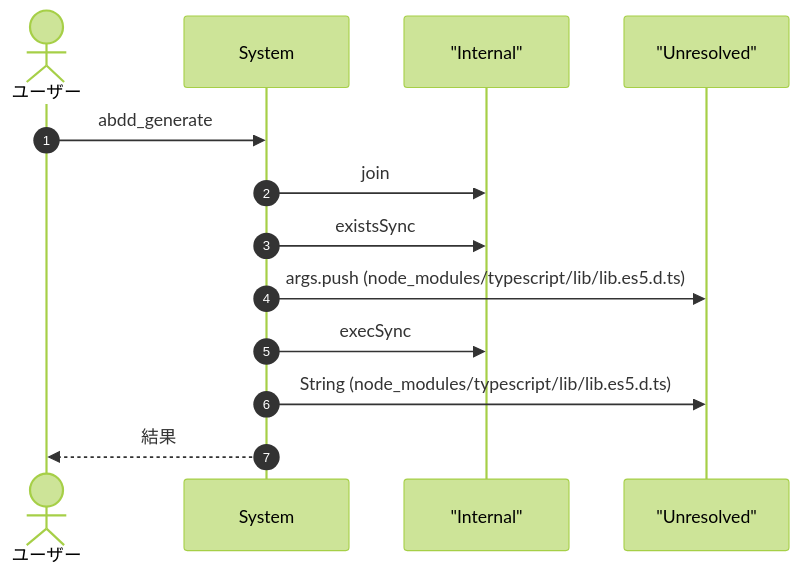
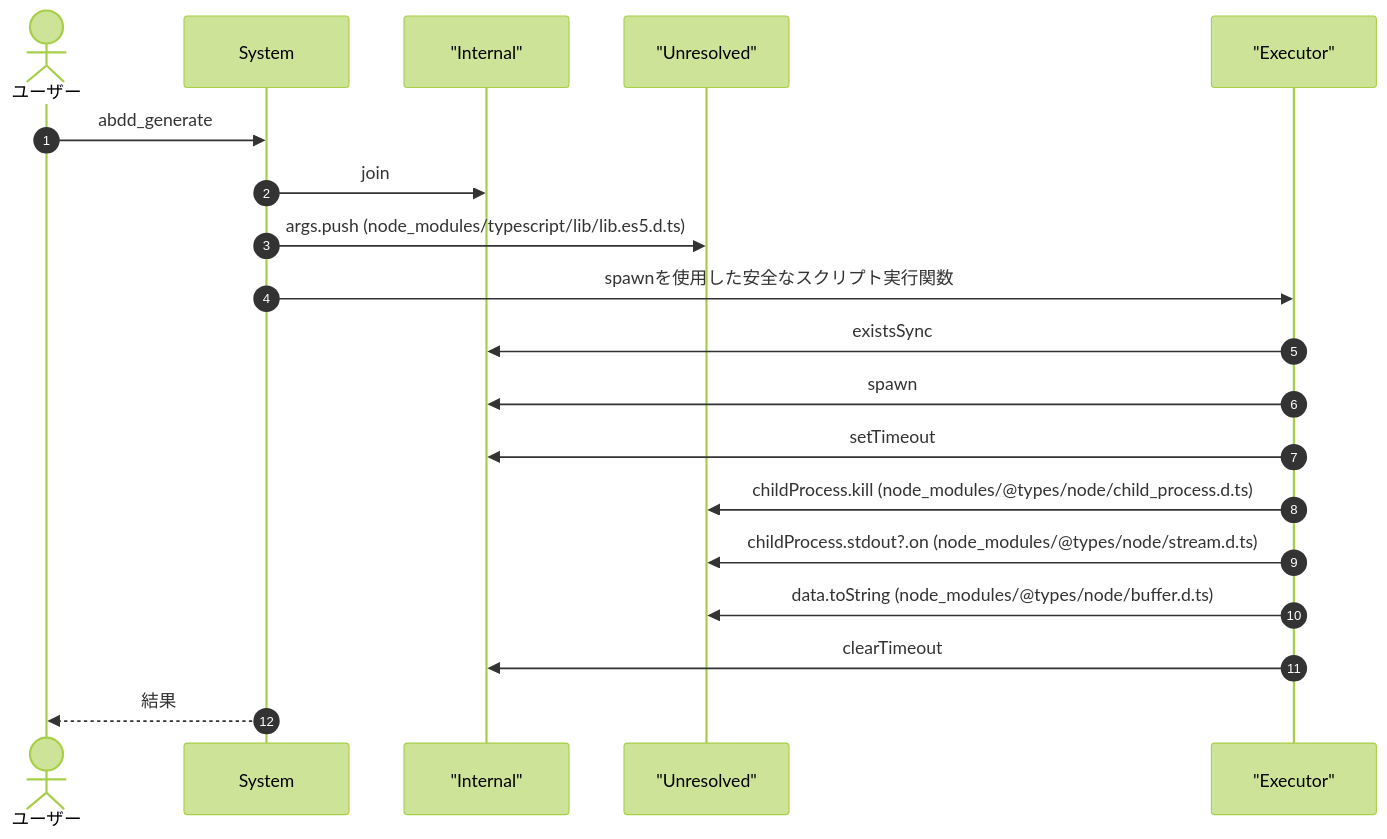
One commit to Mekann2904/mekann changed the first of 7 diagrams in ABDD/.pi/extensions/abdd.md. Above: the diagram before and after it, drawn with Mermaid (forest theme). The commit also changed other lines of this file and 160 other files, not shown here.

````diff
--- a/ABDD/.pi/extensions/abdd.md
+++ b/ABDD/.pi/extensions/abdd.md
@@ -39,17 +40,23 @@
 ```mermaid
 sequenceDiagram
   autonumber
   actor User as ユーザー
   participant System as System
   participant Internal as "Internal"
   participant Unresolved as "Unresolved"
+  participant Executor as "Executor"
 
   User->>System: abdd_generate
   System->>Internal: join
-  System->>Internal: existsSync
   System->>Unresolved: args.push (node_modules/typescript/lib/lib.es5.d.ts)
-  System->>Internal: execSync
-  System->>Unresolved: String (node_modules/typescript/lib/lib.es5.d.ts)
+  System->>Executor: spawnを使用した安全なスクリプト実行関数
+  Executor->>Internal: existsSync
+  Executor->>Internal: spawn
+  Executor->>Internal: setTimeout
+  Executor->>Unresolved: childProcess.kill (node_modules/@types/node/child_process.d.ts)
+  Executor->>Unresolved: childProcess.stdout?.on (node_modules/@types/node/stream.d.ts)
+  Executor->>Unresolved: data.toString (node_modules/@types/node/buffer.d.ts)
+  Executor->>Internal: clearTimeout
   System-->>User: 結果
 
 ```
````
